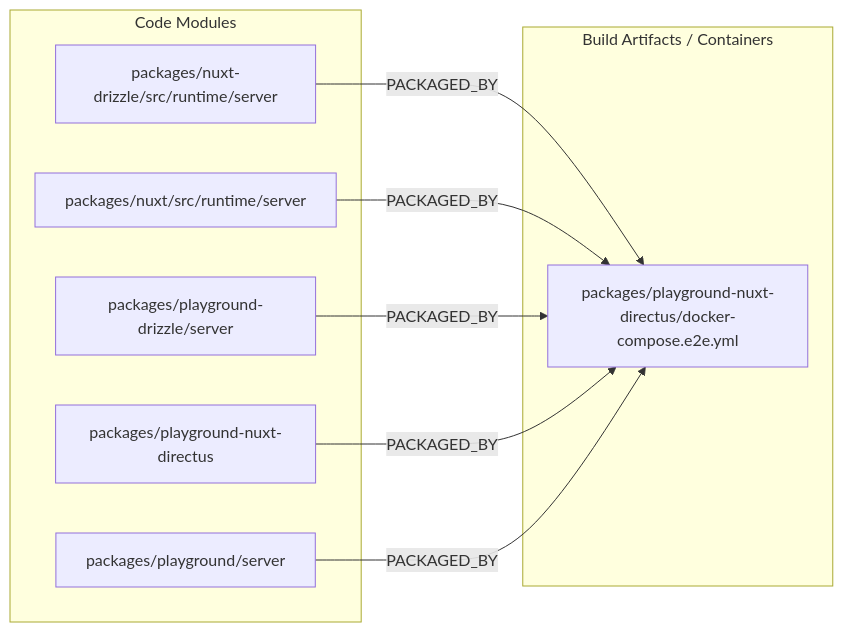
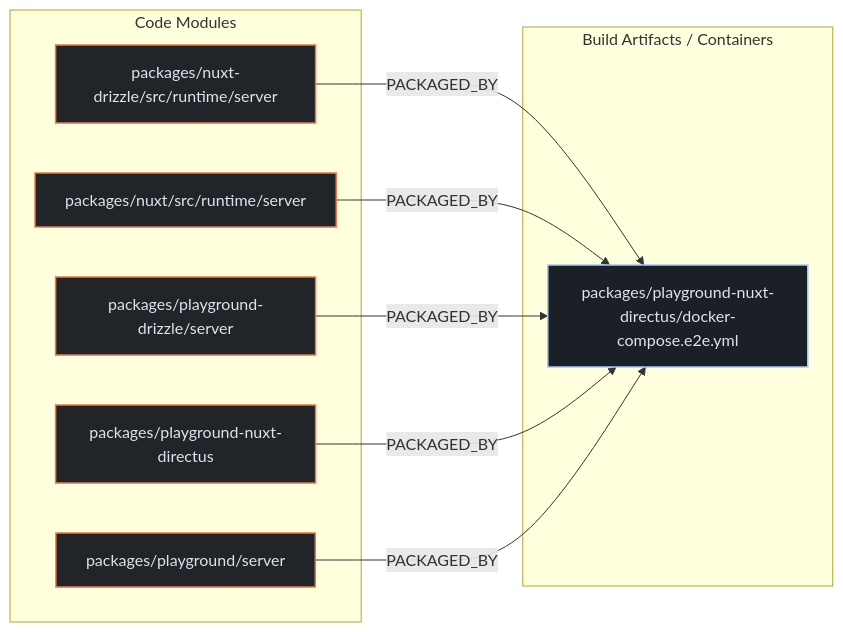
The second of 3 diagrams in exports/latest/reports/directus-rstore-report.md (kumarshaz/atruss-code-atlas), drawn with Mermaid before and after one commit. The commit also changed other lines of this file and 331 other files, not shown here.

Commit message:
docs,ui,fix: update SDLC docs, reorder CI/CD DAG first, stylize Mermaid, and fix Arc42 pipeline topology

````diff
--- a/exports/latest/reports/directus-rstore-report.md
+++ b/exports/latest/reports/directus-rstore-report.md
@@ -178,18 +185,22 @@
 ```mermaid
 flowchart LR
+    classDef atlasCategory fill:#212428,stroke:#E87A48,stroke-width:1.5px,color:#dfe3eb
+    classDef atlasWorkflow fill:#1b2026,stroke:#a3c9ff,stroke-width:1.5px,color:#dfe3eb
+    classDef atlasJob fill:#171c22,stroke:#8d9199,stroke-width:1px,color:#dfe3eb
+    classDef atlasTarget fill:#005227,stroke:#8bd99b,stroke-width:1.5px,color:#a7f6b6
     subgraph code_modules["Code Modules"]
-        mod_packages_nuxt_drizzle_src_runtime_server["packages/nuxt-drizzle/src/runtime/server"]
-        mod_packages_nuxt_src_runtime_server["packages/nuxt/src/runtime/server"]
-        mod_packages_playground_drizzle_server["packages/playground-drizzle/server"]
-        mod_packages_playground_nuxt_directus["packages/playground-nuxt-directus"]
-        mod_packages_playground_server["packages/playground/server"]
+        mod_packages_nuxt_drizzle_src_runtime_server["packages/nuxt-drizzle/src/runtime/server"]:::atlasCategory
+        mod_packages_nuxt_src_runtime_server["packages/nuxt/src/runtime/server"]:::atlasCategory
+        mod_packages_playground_drizzle_server["packages/playground-drizzle/server"]:::atlasCategory
+        mod_packages_playground_nuxt_directus["packages/playground-nuxt-directus"]:::atlasCategory
+        mod_packages_playground_server["packages/playground/server"]:::atlasCategory
     end
     subgraph build_artifacts["Build Artifacts / Containers"]
-        art_packages_playground_nuxt_directus_docker_compose_e2e_yml["packages/playground-nuxt-directus/docker-compose.e2e.yml"]
+        art_packages_playground_nuxt_directus_docker_compose_e2e_yml["packages/playground-nuxt-directus/docker-compose.e2e.yml"]:::atlasWorkflow
     end
     mod_packages_nuxt_drizzle_src_runtime_server -->|PACKAGED_BY| art_packages_playground_nuxt_directus_docker_compose_e2e_yml
     mod_packages_nuxt_src_runtime_server -->|PACKAGED_BY| art_packages_playground_nuxt_directus_docker_compose_e2e_yml
     mod_packages_playground_drizzle_server -->|PACKAGED_BY| art_packages_playground_nuxt_directus_docker_compose_e2e_yml
     mod_packages_playground_nuxt_directus -->|PACKAGED_BY| art_packages_playground_nuxt_directus_docker_compose_e2e_yml
     mod_packages_playground_server -->|PACKAGED_BY| art_packages_playground_nuxt_directus_docker_compose_e2e_yml
 ```
````
